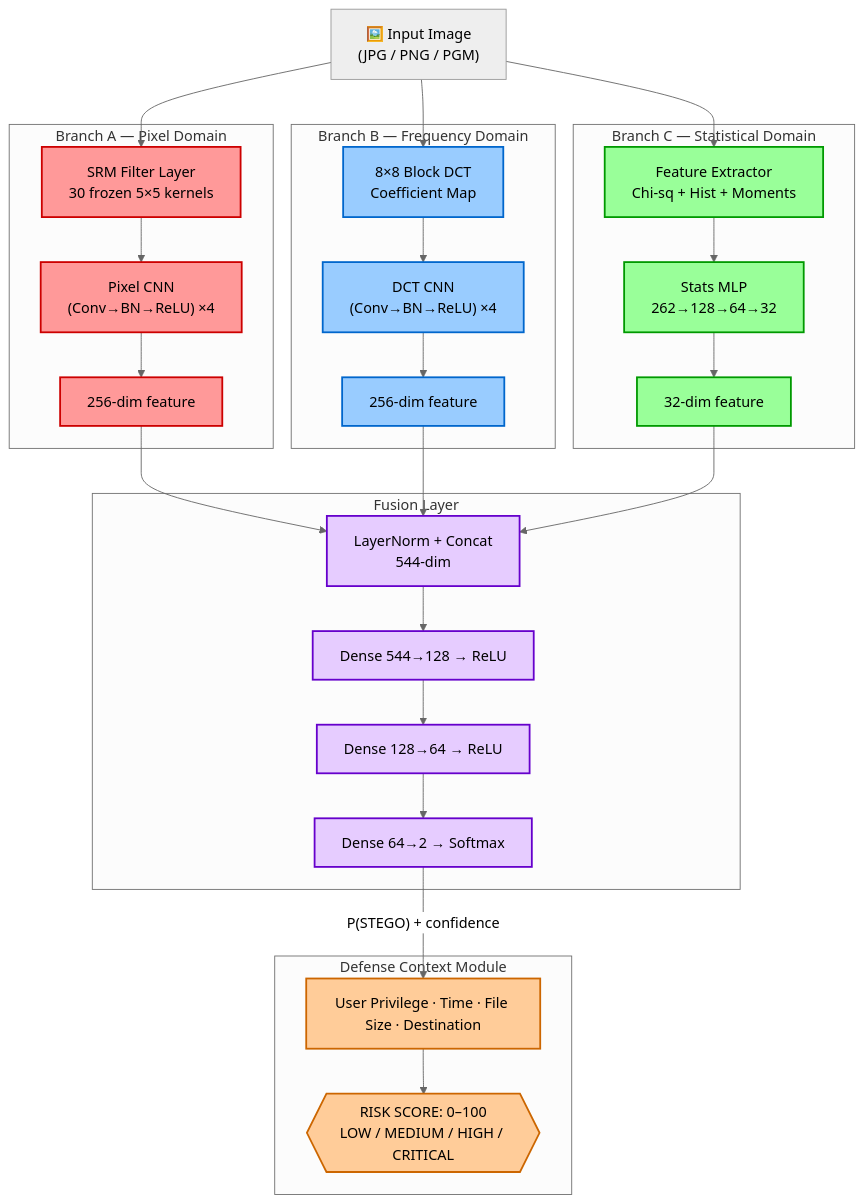
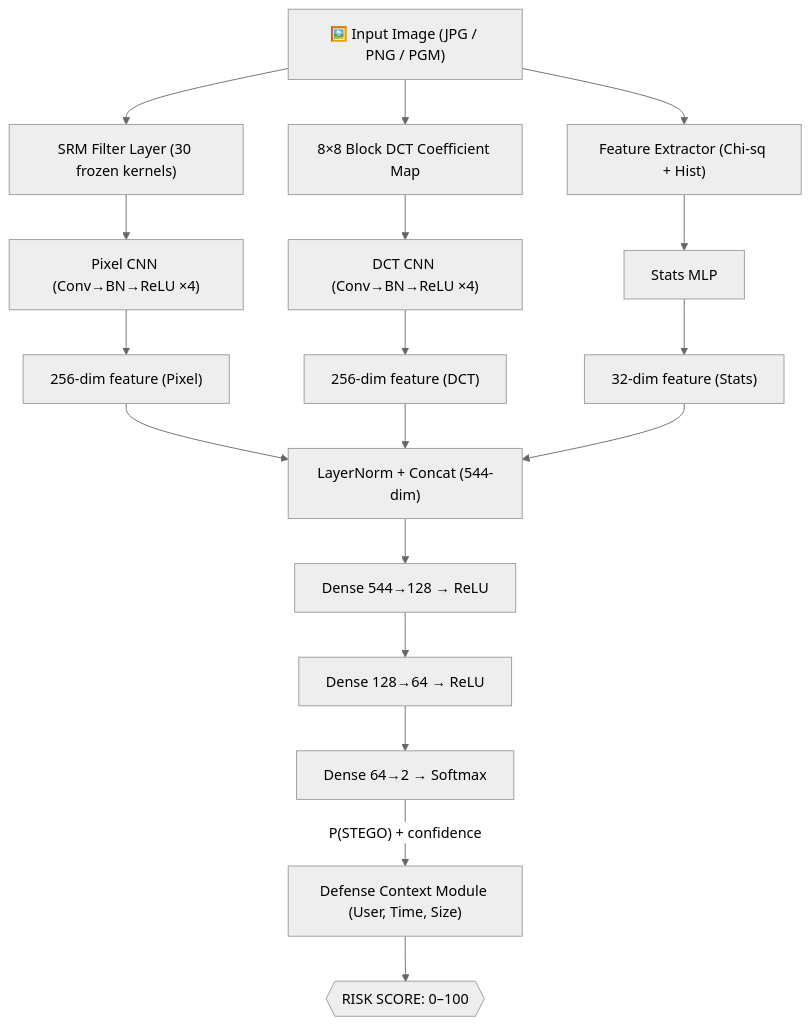
One commit to Itz-Mridul/sudarshan-ai changed the diagram in README.md. Above: the diagram before and after it, drawn with Mermaid (neutral theme). The commit also changed 12 other files, not shown here.

Commit message:
docs: Simplify Mermaid architecture diagram for dark mode compatibility

````diff
--- a/README.md
+++ b/README.md
@@ -36,53 +36,25 @@
 ```mermaid
 flowchart TD
-    classDef branchA fill:#ff9999,stroke:#cc0000,stroke-width:2px;
-    classDef branchB fill:#99ccff,stroke:#0066cc,stroke-width:2px;
-    classDef branchC fill:#99ff99,stroke:#009900,stroke-width:2px;
-    classDef fusion fill:#e6ccff,stroke:#6600cc,stroke-width:2px;
-    classDef risk fill:#ffcc99,stroke:#cc6600,stroke-width:2px;
-
-    Input["🖼️ Input Image\n(JPG / PNG / PGM)"]
-
-    subgraph BranchA ["Branch A — Pixel Domain"]
-        A1["SRM Filter Layer\n30 frozen 5×5 kernels"]:::branchA
-        A2["Pixel CNN\n(Conv→BN→ReLU) ×4"]:::branchA
-        A3["256-dim feature"]:::branchA
-        A1 --> A2 --> A3
-    end
-
-    subgraph BranchB ["Branch B — Frequency Domain"]
-        B1["8×8 Block DCT\nCoefficient Map"]:::branchB
-        B2["DCT CNN\n(Conv→BN→ReLU) ×4"]:::branchB
-        B3["256-dim feature"]:::branchB
-        B1 --> B2 --> B3
-    end
-
-    subgraph BranchC ["Branch C — Statistical Domain"]
-        C1["Feature Extractor\nChi-sq + Hist + Moments"]:::branchC
-        C2["Stats MLP\n262→128→64→32"]:::branchC
-        C3["32-dim feature"]:::branchC
-        C1 --> C2 --> C3
-    end
-
-    subgraph FusionLayer ["Fusion Layer"]
-        F1["LayerNorm + Concat\n544-dim"]:::fusion
-        F2["Dense 544→128 → ReLU"]:::fusion
-        F3["Dense 128→64 → ReLU"]:::fusion
-        F4["Dense 64→2 → Softmax"]:::fusion
-        F1 --> F2 --> F3 --> F4
-    end
-
-    subgraph Context ["Defense Context Module"]
-        D["User Privilege · Time · File Size · Destination"]:::risk
-        Risk{{"RISK SCORE: 0–100\nLOW / MEDIUM / HIGH / CRITICAL"}}:::risk
-        D --> Risk
-    end
+    Input["🖼️ Input Image (JPG / PNG / PGM)"]
 
     Input --> A1
     Input --> B1
     Input --> C1
+
+    A1["SRM Filter Layer (30 frozen kernels)"] --> A2["Pixel CNN (Conv→BN→ReLU ×4)"] --> A3["256-dim feature (Pixel)"]
+    
+    B1["8×8 Block DCT Coefficient Map"] --> B2["DCT CNN (Conv→BN→ReLU ×4)"] --> B3["256-dim feature (DCT)"]
+    
+    C1["Feature Extractor (Chi-sq + Hist)"] --> C2["Stats MLP"] --> C3["32-dim feature (Stats)"]
+
     A3 --> F1
     B3 --> F1
     C3 --> F1
-    F4 -- "P(STEGO) + confidence" --> D
+
+    F1["LayerNorm + Concat (544-dim)"] --> F2["Dense 544→128 → ReLU"]
+    F2 --> F3["Dense 128→64 → ReLU"]
+    F3 --> F4["Dense 64→2 → Softmax"]
+    
+    F4 -- "P(STEGO) + confidence" --> D["Defense Context Module (User, Time, Size)"]
+    D --> Risk{{"RISK SCORE: 0–100"}}
 ```
````
